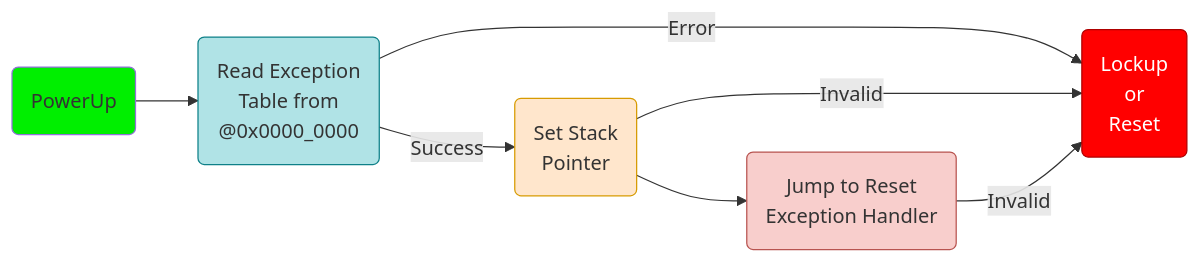
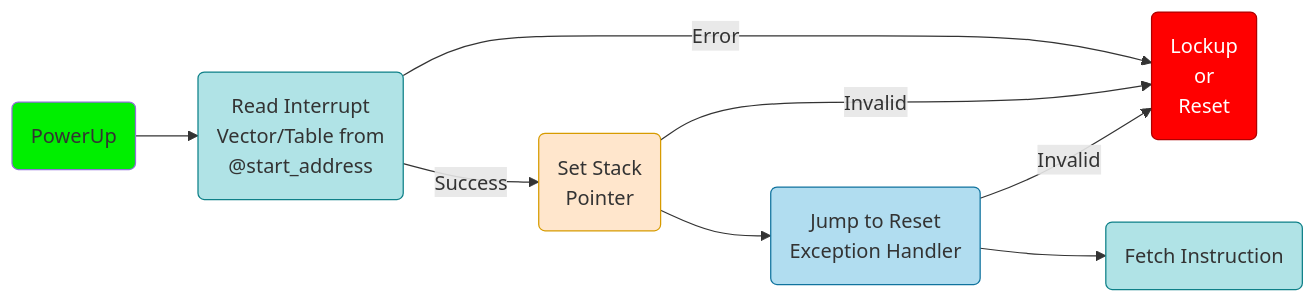
The fourth of 5 diagrams in slides/lectures/03/exceptions/slides.md (UPB-FILS-MA/upb-fils-ma.github.io), drawn with Mermaid before and after one commit. The commit also changed other lines of this file and 4 other files, not shown here.

````diff
--- a/slides/lectures/03/exceptions/slides.md
+++ b/slides/lectures/03/exceptions/slides.md
@@ -201,29 +213,29 @@
 ```mermaid
 flowchart LR
-    S(PowerUp) --> R(Read Exception 
-    Table from
-    @0x0000_0000)
+    S(PowerUp) --> R(Read Interrupt 
+    Vector/Table from
+    @start_address)
     R -- Error --> L(Lockup
     or
     Reset)
     R -- Success --> S2(Set Stack 
     Pointer)
     S2 -- Invalid --> L
     S2 --> E(Jump to Reset 
     Exception Handler)
     E -- Invalid --> L
+    E --> F(Fetch Instruction)
 
     classDef memory fill:#B0E3E6,stroke:#0E8088
     classDef instruction fill:#B1DDF0,stroke:#10739E
     classDef processor fill:#FFE6CC,stroke:#D79B00
     classDef exception fill:#F8CECC,stroke:#B85450
     classDef error fill:#ff0000,stroke:#ae0000,color:#ffffff
     classDef start fill:#00ef00
 
-    class A instruction
-    class R,S2 memory
+    class A,E instruction
+    class R,S2,F memory
     class B,V,S2,R2,I,I2,I3,H processor
-    class E exception
     class L error
     class S start
 ```
````
